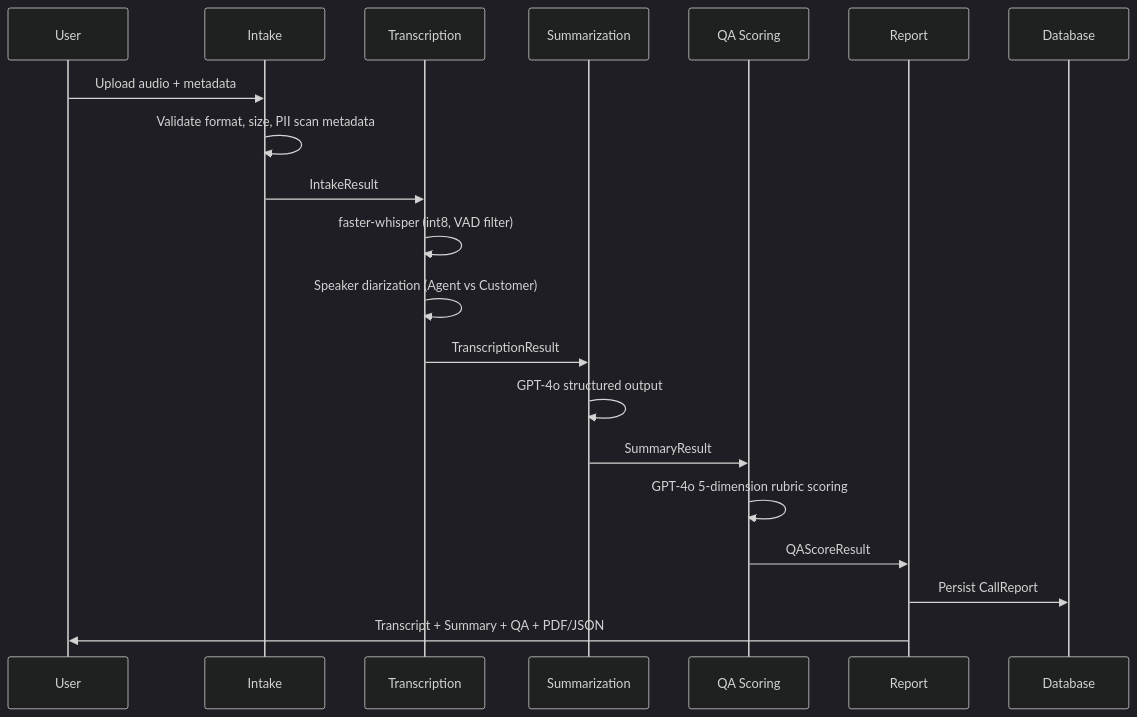
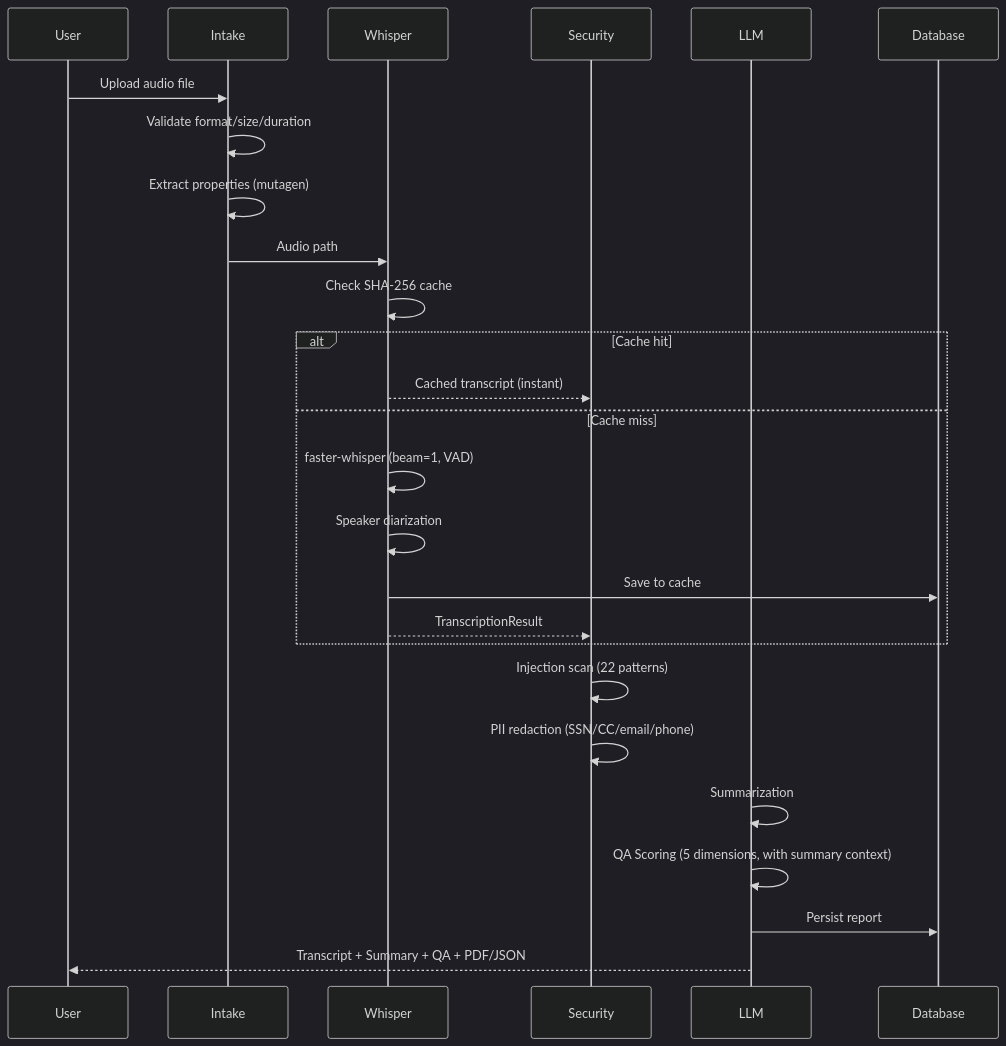
One commit to ANI-IN/Call-Center-Intelligence-System changed the third of 5 diagrams in README.md. Above: the diagram before and after it, drawn with Mermaid (dark theme). The commit also changed other lines of this file and 99 other files, not shown here.

````diff
--- a/README.md
+++ b/README.md
@@ -123,23 +145,33 @@
 ```mermaid
 sequenceDiagram
     participant U as User
     participant I as Intake
-    participant T as Transcription
-    participant S as Summarization
-    participant Q as QA Scoring
-    participant R as Report
-    participant DB as Database
+    participant W as Whisper
+    participant S as Security
+    participant L as LLM
+    participant D as Database
 
-    U->>I: Upload audio + metadata
-    I->>I: Validate format, size, PII scan metadata
-    I->>T: IntakeResult
-    T->>T: faster-whisper (int8, VAD filter)
-    T->>T: Speaker diarization (Agent vs Customer)
-    T->>S: TranscriptionResult
-    S->>S: GPT-4o structured output
-    S->>Q: SummaryResult
-    Q->>Q: GPT-4o 5-dimension rubric scoring
-    Q->>R: QAScoreResult
-    R->>DB: Persist CallReport
-    R->>U: Transcript + Summary + QA + PDF/JSON
+    U->>I: Upload audio file
+    I->>I: Validate format/size/duration
+    I->>I: Extract properties (mutagen)
+    I->>W: Audio path
+
+    W->>W: Check SHA-256 cache
+    alt Cache hit
+        W-->>S: Cached transcript (instant)
+    else Cache miss
+        W->>W: faster-whisper (beam=1, VAD)
+        W->>W: Speaker diarization
+        W->>D: Save to cache
+        W-->>S: TranscriptionResult
+    end
+
+    S->>S: Injection scan (22 patterns)
+    S->>S: PII redaction (SSN/CC/email/phone)
+
+    L->>L: Summarization
+    L->>L: QA Scoring (5 dimensions, with summary context)
+
+    L->>D: Persist report
+    L-->>U: Transcript + Summary + QA + PDF/JSON
 ```
````
